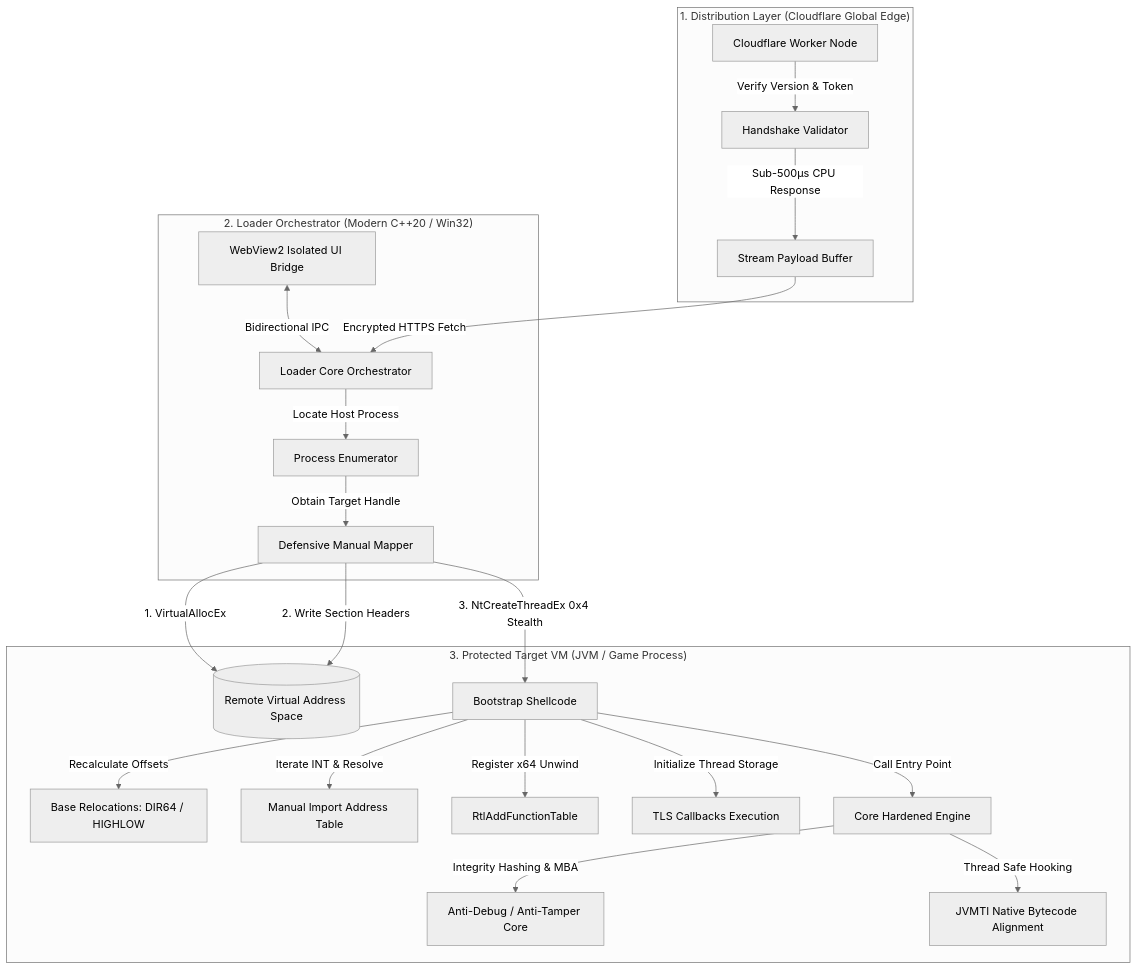
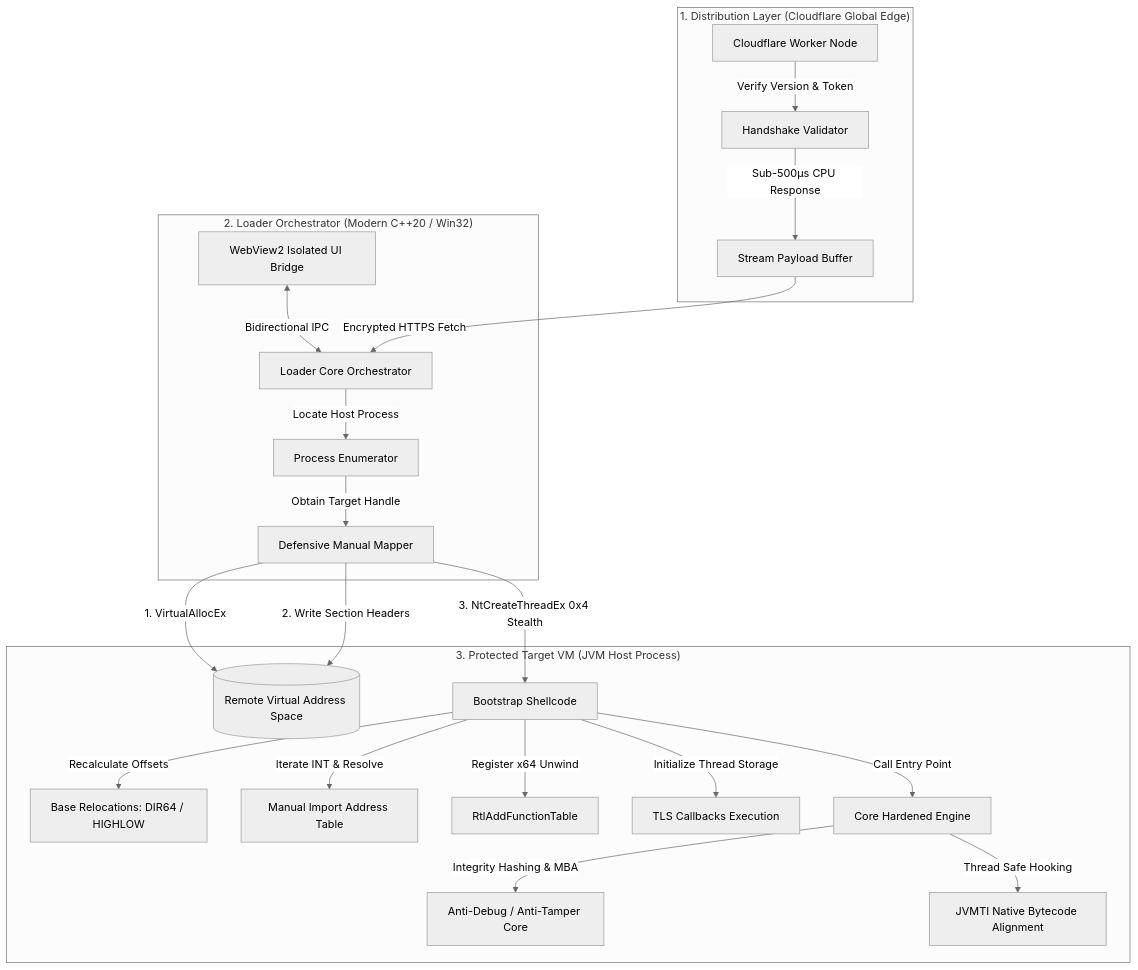
Before and after one commit to MarcosKauanS/inmemory-pe-runtime: the first of 2 diagrams in docs/architecture-deep-dive.md, drawn with Mermaid (neutral theme). The commit also changed other lines of this file, not shown here.

Commit message:
docs: sanitize architecture deep dive and align JVM production case study

````diff
--- a/docs/architecture-deep-dive.md
+++ b/docs/architecture-deep-dive.md
@@ -47,29 +47,29 @@
 ```mermaid
 flowchart TD
     subgraph CloudflareEdge["1. Distribution Layer (Cloudflare Global Edge)"]
         CF[Cloudflare Worker Node] -->|Verify Version & Token| AUTH[Handshake Validator]
         AUTH -->|Sub-500µs CPU Response| STREAM[Stream Payload Buffer]
     end
 
     subgraph NativeLoader["2. Loader Orchestrator (Modern C++20 / Win32)"]
         WV[WebView2 Isolated UI Bridge] <-->|Bidirectional IPC| ORCH[Loader Core Orchestrator]
         STREAM -->|Encrypted HTTPS Fetch| ORCH
         ORCH -->|Locate Host Process| ENUM[Process Enumerator]
         ENUM -->|Obtain Target Handle| MMAP[Defensive Manual Mapper]
     end
 
-    subgraph TargetVM["3. Protected Target VM (JVM / Game Process)"]
+    subgraph TargetVM["3. Protected Target VM (JVM Host Process)"]
         MMAP -->|1. VirtualAllocEx| TGT_MEM[(Remote Virtual Address Space)]
         MMAP -->|2. Write Section Headers| TGT_MEM
         MMAP -->|3. NtCreateThreadEx 0x4 Stealth| BOOT[Bootstrap Shellcode]
         
         BOOT -->|Recalculate Offsets| RELOC[Base Relocations: DIR64 / HIGHLOW]
         BOOT -->|Iterate INT & Resolve| IAT[Manual Import Address Table]
         BOOT -->|Register x64 Unwind| SEH[RtlAddFunctionTable]
         BOOT -->|Initialize Thread Storage| TLS[TLS Callbacks Execution]
         
         BOOT -->|Call Entry Point| ENGINE[Core Hardened Engine]
         ENGINE -->|Integrity Hashing & MBA| SEC[Anti-Debug / Anti-Tamper Core]
         ENGINE -->|Thread Safe Hooking| JVMTI[JVMTI Native Bytecode Alignment]
     end
 ```
````
